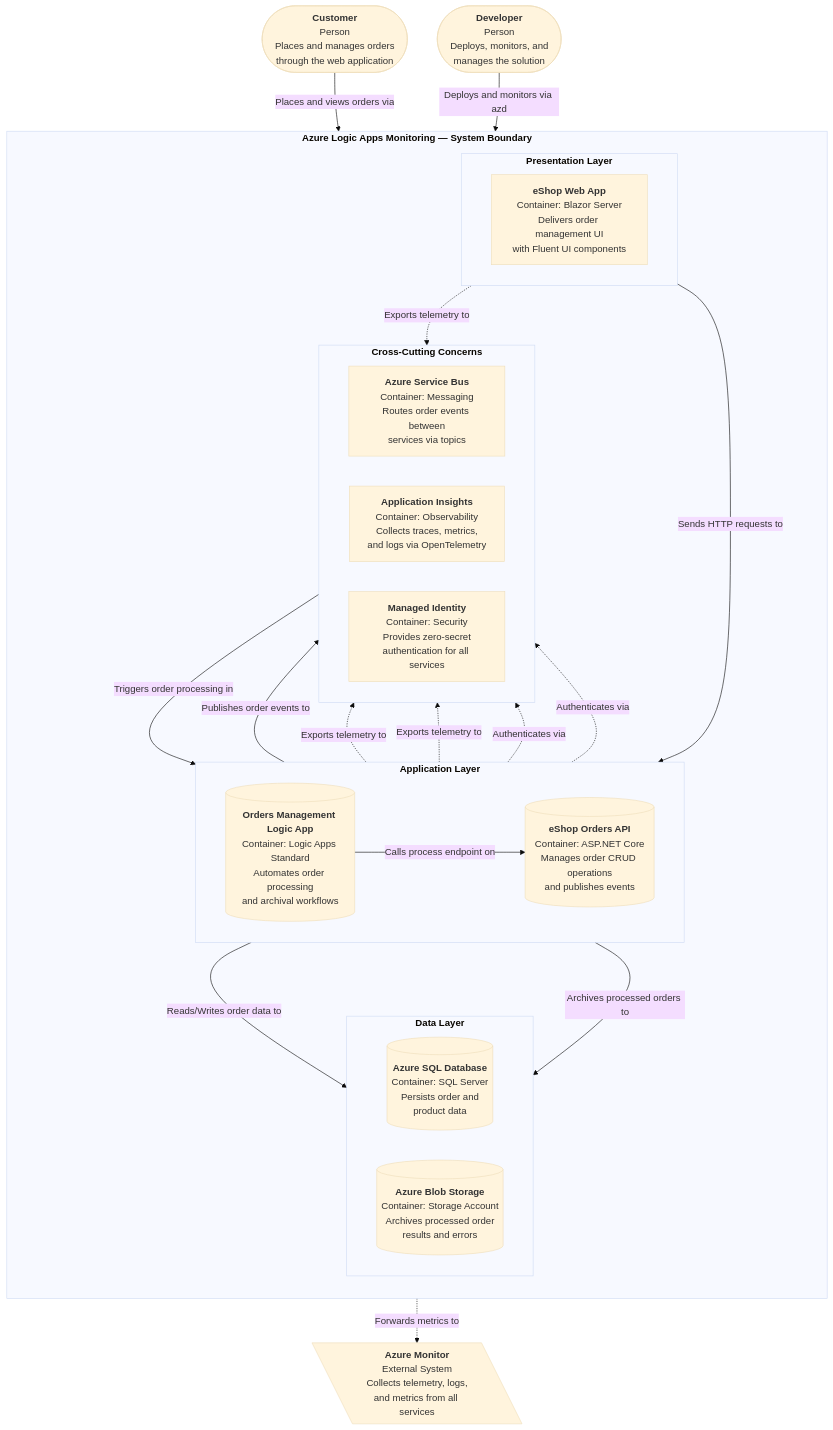
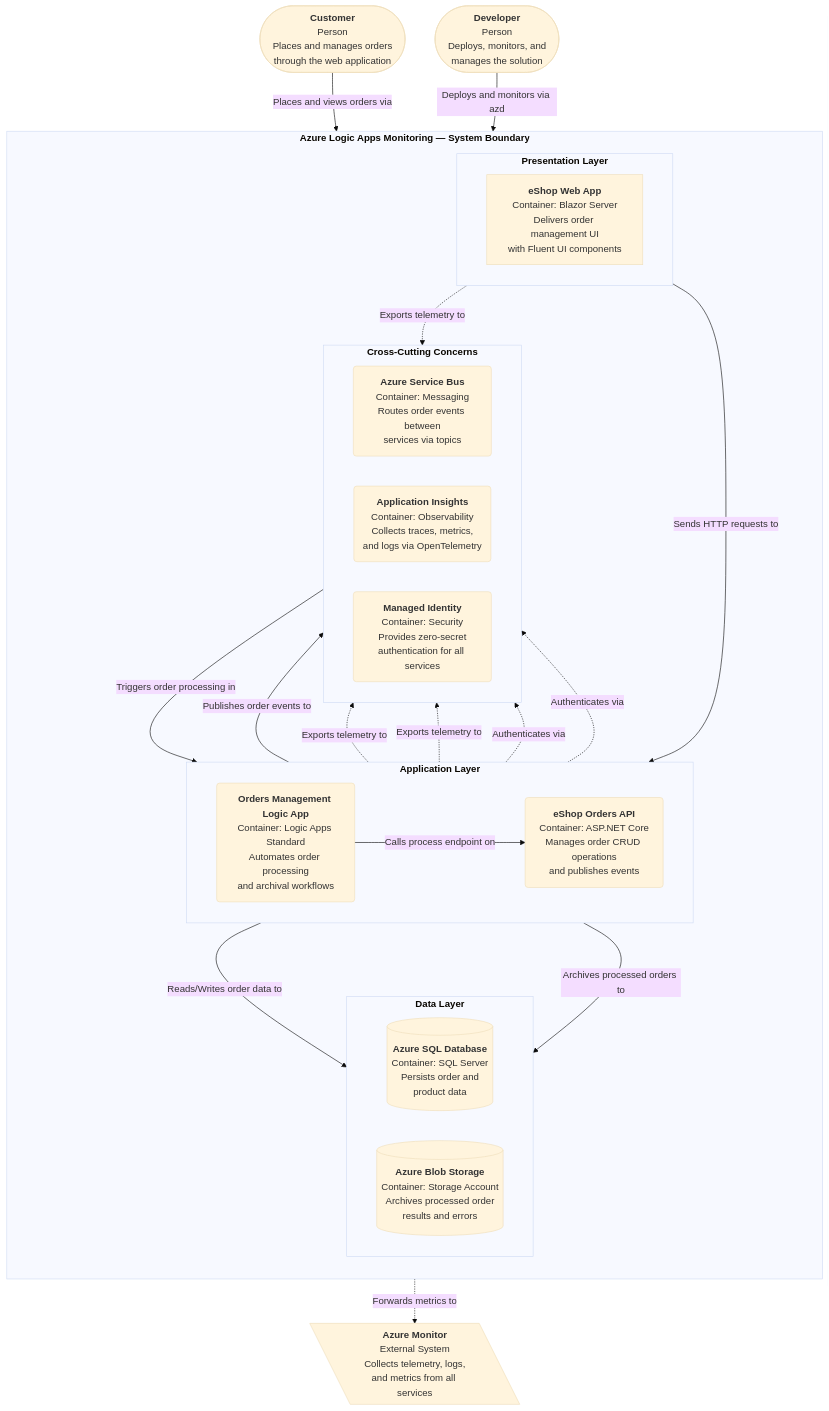
Before and after one commit to Evilazaro/Azure-LogicApps-Monitoring: the diagram in README.md, drawn with Mermaid.

Commit message:
Refactor flowchart syntax in README.md for improved readability

```diff
--- a/README.md
+++ b/README.md
@@ -86,8 +86,8 @@
         %% ========================================================
         subgraph Application [<b>Application Layer</b>]
             direction LR
-            OrdersAPI[(<b>eShop Orders API</b><br>Container: ASP.NET Core<br>Manages order CRUD operations<br>and publishes events)]
-            LogicApp[(<b>Orders Management Logic App</b><br>Container: Logic Apps Standard<br>Automates order processing<br>and archival workflows)]
+            OrdersAPI(<b>eShop Orders API</b><br>Container: ASP.NET Core<br>Manages order CRUD operations<br>and publishes events)
+            LogicApp(<b>Orders Management Logic App</b><br>Container: Logic Apps Standard<br>Automates order processing<br>and archival workflows)
         end
 
         %% ========================================================
@@ -104,9 +104,9 @@
         %% ========================================================
         subgraph CrossCutting [<b>Cross-Cutting Concerns</b>]
             direction LR
-            ServiceBus[<b>Azure Service Bus</b><br>Container: Messaging<br>Routes order events between<br>services via topics]
-            AppInsights[<b>Application Insights</b><br>Container: Observability<br>Collects traces, metrics,<br>and logs via OpenTelemetry]
-            ManagedIdentity[<b>Managed Identity</b><br>Container: Security<br>Provides zero-secret<br>authentication for all services]
+            ServiceBus(<b>Azure Service Bus</b><br>Container: Messaging<br>Routes order events between<br>services via topics)
+            AppInsights(<b>Application Insights</b><br>Container: Observability<br>Collects traces, metrics,<br>and logs via OpenTelemetry)
+            ManagedIdentity(<b>Managed Identity</b><br>Container: Security<br>Provides zero-secret<br>authentication for all services)
         end
     end
 
```
